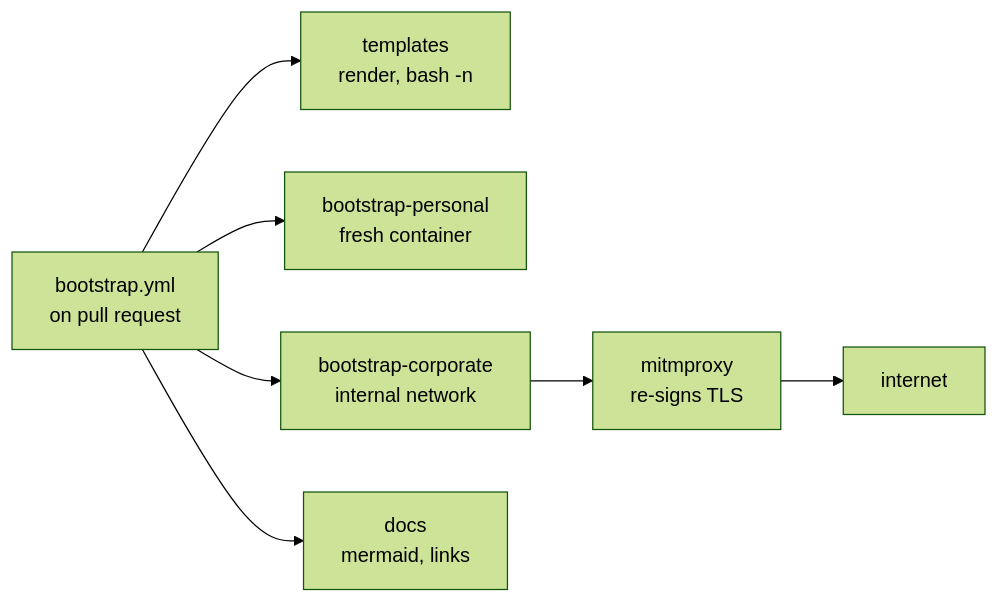
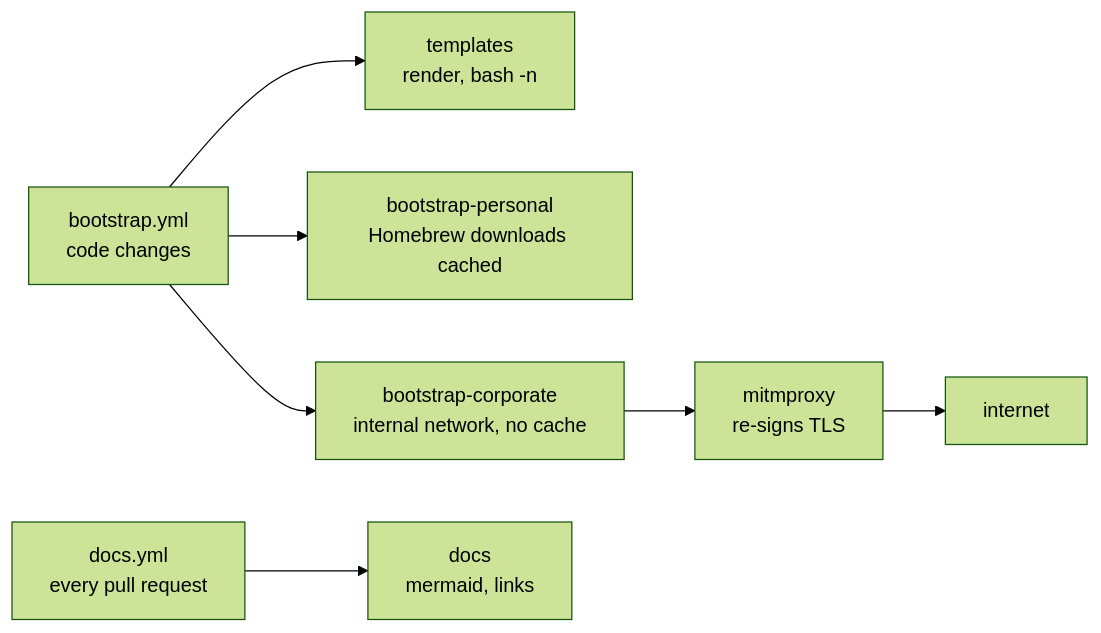
The tenth of 10 diagrams in ARCHITECTURE.md (jvspeed74/dotfiles), drawn with Mermaid (forest theme) before and after one commit. The commit also changed other lines of this file and 5 other files, not shown here.

First line of the commit message:
CI speedups: docs-only skip, no npm retries, personal Homebrew cache (#13)

````diff
--- a/ARCHITECTURE.md
+++ b/ARCHITECTURE.md
@@ -390,9 +390,9 @@
 ```mermaid
 flowchart LR
-    W["bootstrap.yml<br/>on pull request"] --> T["templates<br/>render, bash -n"]
-    W --> P["bootstrap-personal<br/>fresh container"]
-    W --> C["bootstrap-corporate<br/>internal network"]
-    W --> D["docs<br/>mermaid, links"]
+    W["bootstrap.yml<br/>code changes"] --> T["templates<br/>render, bash -n"]
+    W --> P["bootstrap-personal<br/>Homebrew downloads cached"]
+    W --> C["bootstrap-corporate<br/>internal network, no cache"]
     C --> X["mitmproxy<br/>re-signs TLS"]
     X --> I["internet"]
+    W2["docs.yml<br/>every pull request"] --> D["docs<br/>mermaid, links"]
 ```
````
